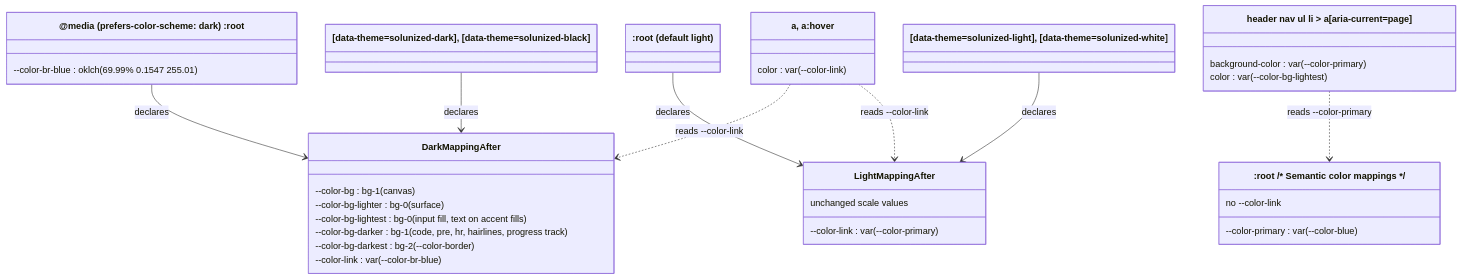
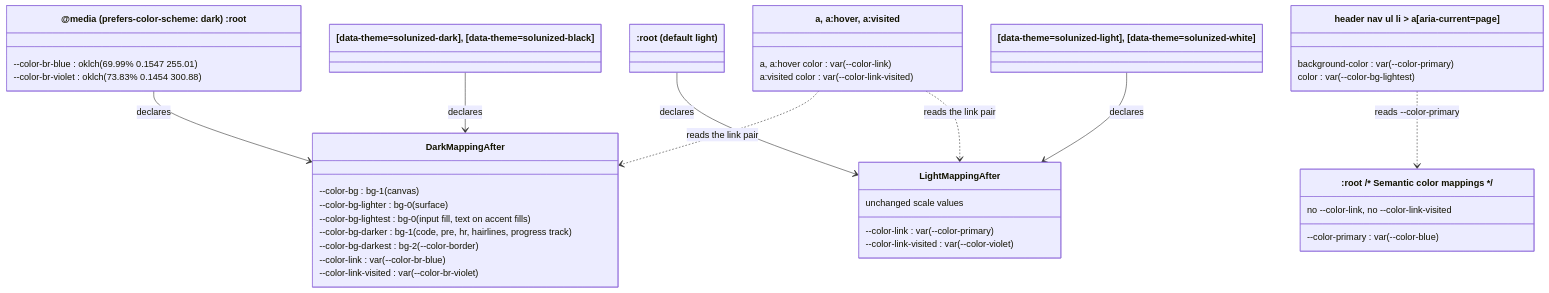
The second of 4 diagrams in docs/changes/dark-surfaces-darker-than-canvas/plan.md (eirvandelden/MVPA.css), drawn with Mermaid before and after one commit. The commit also changed other lines of this file and 1 other file, not shown here.

Commit message:
docs: intent and plan for dark-surfaces-darker-than-canvas

````diff
--- a/docs/changes/dark-surfaces-darker-than-canvas/plan.md
+++ b/docs/changes/dark-surfaces-darker-than-canvas/plan.md
@@ -61,39 +64,43 @@
 ```mermaid
 classDiagram
   class DarkMappingAfter {
     --color-bg : bg-1 (canvas)
     --color-bg-lighter : bg-0 (surface)
     --color-bg-lightest : bg-0 (input fill, text on accent fills)
     --color-bg-darker : bg-1 (code, pre, hr, hairlines, progress track)
     --color-bg-darkest : bg-2 (--color-border)
     --color-link : var(--color-br-blue)
+    --color-link-visited : var(--color-br-violet)
   }
   class LightMappingAfter {
     unchanged scale values
     --color-link : var(--color-primary)
+    --color-link-visited : var(--color-violet)
   }
   class SystemDarkRoot["@media (prefers-color-scheme: dark) :root"] {
     --color-br-blue : oklch(69.99% 0.1547 255.01)
+    --color-br-violet : oklch(73.83% 0.1454 300.88)
   }
   class SolunizedDarkBlack["[data-theme=solunized-dark], [data-theme=solunized-black]"]
   class DefaultLightRoot[":root (default light)"]
   class SolunizedLightWhite["[data-theme=solunized-light], [data-theme=solunized-white]"]
   class SemanticRoot[":root /* Semantic color mappings */"] {
     --color-primary : var(--color-blue)
-    no --color-link
+    no --color-link, no --color-link-visited
   }
-  class LinkRule["a, a:hover"] {
-    color : var(--color-link)
+  class LinkRule["a, a:hover, a:visited"] {
+    a, a:hover color : var(--color-link)
+    a:visited color : var(--color-link-visited)
   }
   class CurrentPage["header nav ul li > a[aria-current=page]"] {
     background-color : var(--color-primary)
     color : var(--color-bg-lightest)
   }
   SystemDarkRoot --> DarkMappingAfter : declares
   SolunizedDarkBlack --> DarkMappingAfter : declares
   DefaultLightRoot --> LightMappingAfter : declares
   SolunizedLightWhite --> LightMappingAfter : declares
-  LinkRule ..> DarkMappingAfter : reads --color-link
-  LinkRule ..> LightMappingAfter : reads --color-link
+  LinkRule ..> DarkMappingAfter : reads the link pair
+  LinkRule ..> LightMappingAfter : reads the link pair
   CurrentPage ..> SemanticRoot : reads --color-primary
 ```
````
